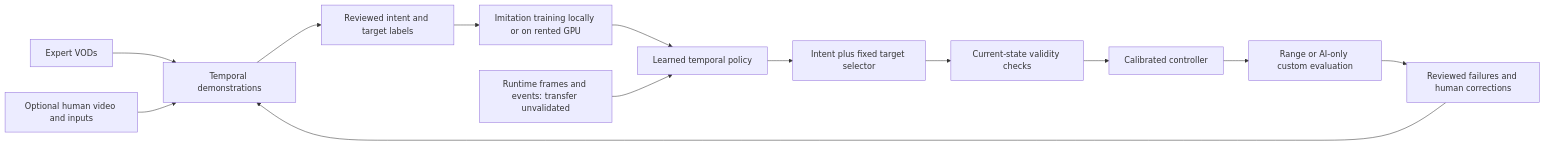
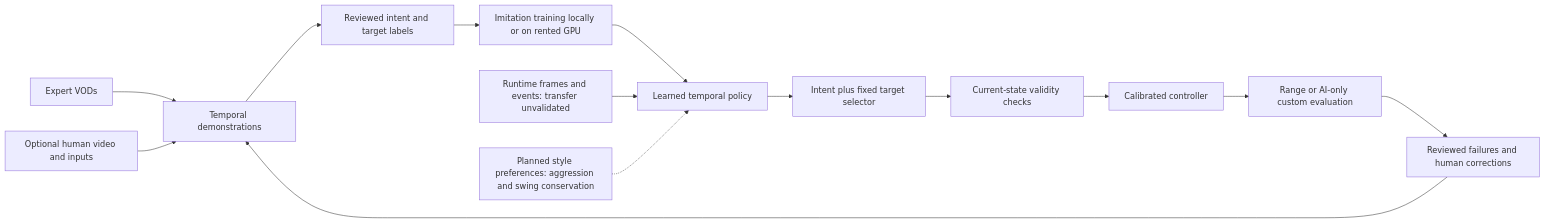
One commit to Volpestyle/rivals-agent changed the third of 3 diagrams in docs/learning-plan.md. Above: the diagram before and after it, drawn with Mermaid. The commit also changed other lines of this file, not shown here.

First line of the commit message:
Learning plan: configurable playstyle sliders (aggression, swing conservation) under E/F

````diff
--- a/docs/learning-plan.md
+++ b/docs/learning-plan.md
@@ -1144,15 +1189,16 @@
 ```mermaid
 flowchart LR
     V[Expert VODs] --> D[Temporal demonstrations]
     H[Optional human video and inputs] --> D
     D --> L[Reviewed intent and target labels]
     L --> T[Imitation training locally or on rented GPU]
     T --> P[Learned temporal policy]
     F[Runtime frames and events: transfer unvalidated] --> P
+    S[Planned style preferences: aggression and swing conservation] -.-> P
     P --> I[Intent plus fixed target selector]
     I --> G[Current-state validity checks]
     G --> C[Calibrated controller]
     C --> E[Range or AI-only custom evaluation]
     E --> R[Reviewed failures and human corrections]
     R --> D
 ```
````
